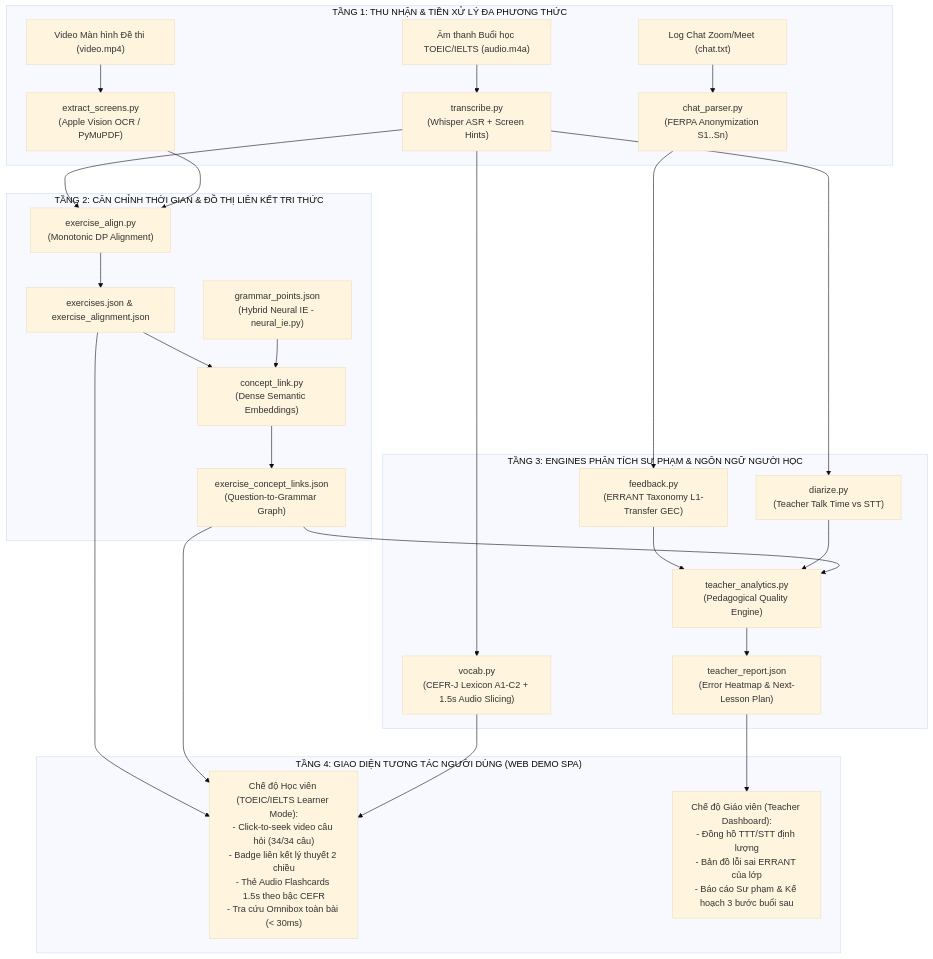
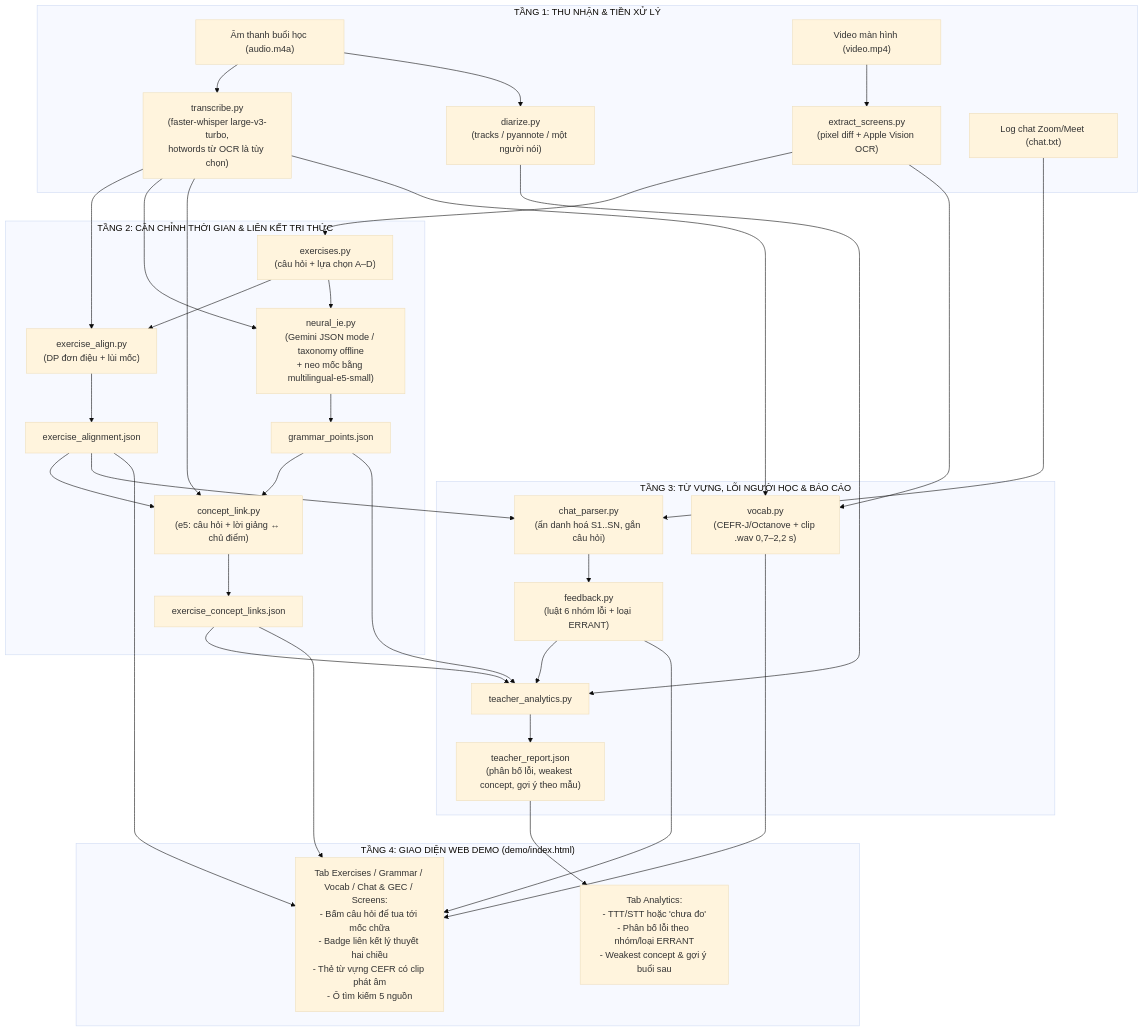
One commit to CelesEclipse/NLP501_edusync_mvp changed the first of 2 diagrams in docs/04_detailed_design_and_qa_plan.md. Above: the diagram before and after it, drawn with Mermaid (base theme). The commit also changed other lines of this file and 30 other files, not shown here.

````diff
--- a/docs/04_detailed_design_and_qa_plan.md
+++ b/docs/04_detailed_design_and_qa_plan.md
@@ -24,34 +25,44 @@
 ```mermaid
 flowchart TD
-    subgraph Layer1["TẦNG 1: THU NHẬN & TIỀN XỬ LÝ ĐA PHƯƠNG THỨC"]
-        AudioIn["Âm thanh Buổi học TOEIC/IELTS (audio.m4a)"] --> Transcribe["transcribe.py<br>(Whisper ASR + Screen Hints)"]
-        VideoIn["Video Màn hình Đề thi (video.mp4)"] --> OCR["extract_screens.py<br>(Apple Vision OCR / PyMuPDF)"]
-        ChatIn["Log Chat Zoom/Meet (chat.txt)"] --> ChatParser["chat_parser.py<br>(FERPA Anonymization S1..Sn)"]
+    subgraph Layer1["TẦNG 1: THU NHẬN & TIỀN XỬ LÝ"]
+        AudioIn["Âm thanh buổi học (audio.m4a)"] --> Transcribe["transcribe.py<br>(faster-whisper large-v3-turbo,<br>hotwords từ OCR là tùy chọn)"]
+        VideoIn["Video màn hình (video.mp4)"] --> OCR["extract_screens.py<br>(pixel diff + Apple Vision OCR)"]
+        AudioIn --> DiarizeEngine["diarize.py<br>(tracks / pyannote / một người nói)"]
+        ChatIn["Log chat Zoom/Meet (chat.txt)"]
     end
 
-    subgraph Layer2["TẦNG 2: CĂN CHỈNH THỜI GIAN & ĐỒ THỊ LIÊN KẾT TRI THỨC"]
-        Transcribe --> Alignment["exercise_align.py<br>(Monotonic DP Alignment)"]
-        OCR --> Alignment
-        Alignment --> ExercisesJSON["exercises.json & exercise_alignment.json"]
-        
-        ExercisesJSON --> ConceptLinking["concept_link.py<br>(Dense Semantic Embeddings)"]
-        GrammarData["grammar_points.json<br>(Hybrid Neural IE - neural_ie.py)"] --> ConceptLinking
-        ConceptLinking --> ConceptLinksJSON["exercise_concept_links.json<br>(Question-to-Grammar Graph)"]
+    subgraph Layer2["TẦNG 2: CĂN CHỈNH THỜI GIAN & LIÊN KẾT TRI THỨC"]
+        OCR --> Exercises["exercises.py<br>(câu hỏi + lựa chọn A–D)"]
+        Exercises --> Alignment["exercise_align.py<br>(DP đơn điệu + lùi mốc)"]
+        Transcribe --> Alignment
+        Alignment --> AlignJSON["exercise_alignment.json"]
+        Transcribe --> NeuralIE["neural_ie.py<br>(Gemini JSON mode / taxonomy offline<br>+ neo mốc bằng multilingual-e5-small)"]
+        Exercises --> NeuralIE
+        NeuralIE --> GrammarJSON["grammar_points.json"]
+        AlignJSON --> ConceptLinking["concept_link.py<br>(e5: câu hỏi + lời giảng ↔ chủ điểm)"]
+        Transcribe --> ConceptLinking
+        GrammarJSON --> ConceptLinking
+        ConceptLinking --> ConceptLinksJSON["exercise_concept_links.json"]
     end
 
-    subgraph Layer3["TẦNG 3: ENGINES PHÂN TÍCH SƯ PHẠM & NGÔN NGỮ NGƯỜI HỌC"]
-        Transcribe --> VocabEngine["vocab.py<br>(CEFR-J Lexicon A1-C2 + 1.5s Audio Slicing)"]
-        ChatParser --> GECEngine["feedback.py<br>(ERRANT Taxonomy L1-Transfer GEC)"]
-        Transcribe --> DiarizeEngine["diarize.py<br>(Teacher Talk Time vs STT)"]
-        
-        GECEngine --> TeacherAnalytics["teacher_analytics.py<br>(Pedagogical Quality Engine)"]
+    subgraph Layer3["TẦNG 3: TỪ VỰNG, LỖI NGƯỜI HỌC & BÁO CÁO"]
+        Transcribe --> VocabEngine["vocab.py<br>(CEFR-J/Octanove + clip .wav 0,7–2,2 s)"]
+        OCR --> VocabEngine
+        ChatIn --> ChatParser["chat_parser.py<br>(ẩn danh hoá S1..SN, gắn câu hỏi)"]
+        AlignJSON --> ChatParser
+        ChatParser --> GECEngine["feedback.py<br>(luật 6 nhóm lỗi + loại ERRANT)"]
+        GECEngine --> TeacherAnalytics["teacher_analytics.py"]
         DiarizeEngine --> TeacherAnalytics
         ConceptLinksJSON --> TeacherAnalytics
-        TeacherAnalytics --> TeacherReportJSON["teacher_report.json<br>(Error Heatmap & Next-Lesson Plan)"]
+        GrammarJSON --> TeacherAnalytics
+        TeacherAnalytics --> TeacherReportJSON["teacher_report.json<br>(phân bố lỗi, weakest concept, gợi ý theo mẫu)"]
     end
 
-    subgraph Layer4["TẦNG 4: GIAO DIỆN TƯƠNG TÁC NGƯỜI DÙNG (WEB DEMO SPA)"]
-        ExercisesJSON & ConceptLinksJSON & VocabEngine --> UI_Student["Chế độ Học viên (TOEIC/IELTS Learner Mode):<br>- Click-to-seek video câu hỏi (34/34 câu)<br>- Badge liên kết lý thuyết 2 chiều<br>- Thẻ Audio Flashcards 1.5s theo bậc CEFR<br>- Tra cứu Omnibox toàn bài (< 30ms)"]
-        TeacherReportJSON --> UI_Teacher["Chế độ Giáo viên (Teacher Dashboard):<br>- Đồng hồ TTT/STT định lượng<br>- Bản đồ lỗi sai ERRANT của lớp<br>- Báo cáo Sư phạm & Kế hoạch 3 bước buổi sau"]
+    subgraph Layer4["TẦNG 4: GIAO DIỆN WEB DEMO (demo/index.html)"]
+        AlignJSON --> UI_Student["Tab Exercises / Grammar / Vocab / Chat & GEC / Screens:<br>- Bấm câu hỏi để tua tới mốc chữa<br>- Badge liên kết lý thuyết hai chiều<br>- Thẻ từ vựng CEFR có clip phát âm<br>- Ô tìm kiếm 5 nguồn"]
+        ConceptLinksJSON --> UI_Student
+        VocabEngine --> UI_Student
+        GECEngine --> UI_Student
+        TeacherReportJSON --> UI_Teacher["Tab Analytics:<br>- TTT/STT hoặc 'chưa đo'<br>- Phân bố lỗi theo nhóm/loại ERRANT<br>- Weakest concept & gợi ý buổi sau"]
     end
 ```
````
